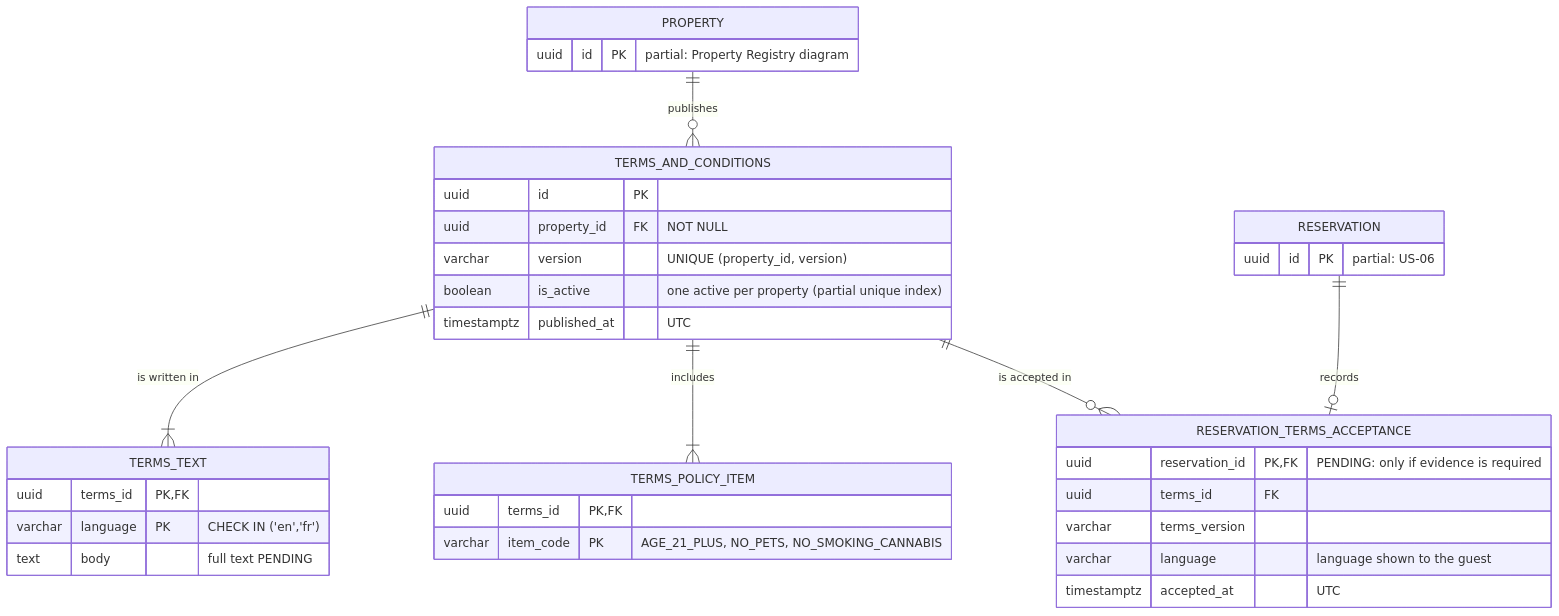
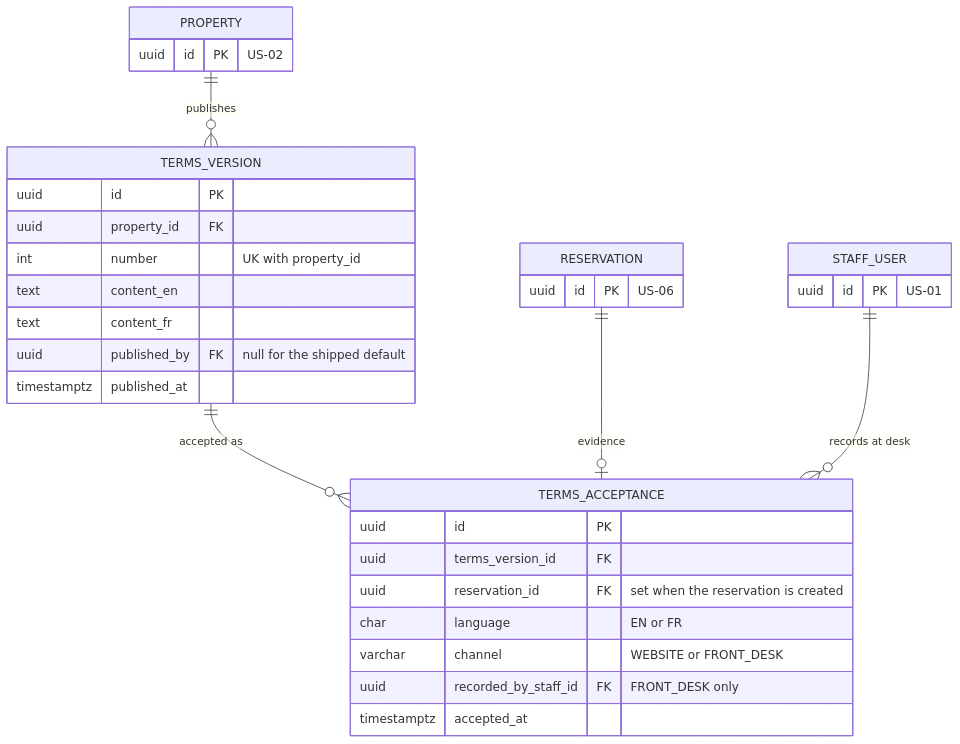
One commit to BraceroInSabot/Motel-Starmie changed the second of 3 diagrams in docs/Initial Requirements/Diagrams/US-05 - Policy Acceptance Before Payment.md. Above: the diagram before and after it, drawn with Mermaid. The commit also changed other lines of this file and 51 other files, not shown here.

````diff
--- a/docs/Initial Requirements/Diagrams/US-05 - Policy Acceptance Before Payment.md
+++ b/docs/Initial Requirements/Diagrams/US-05 - Policy Acceptance Before Payment.md
@@ -153,38 +138,35 @@
 ```mermaid
 erDiagram
-    PROPERTY ||--o{ TERMS_AND_CONDITIONS : "publishes"
-    TERMS_AND_CONDITIONS ||--|{ TERMS_TEXT : "is written in"
-    TERMS_AND_CONDITIONS ||--|{ TERMS_POLICY_ITEM : "includes"
-    TERMS_AND_CONDITIONS ||--o{ RESERVATION_TERMS_ACCEPTANCE : "is accepted in"
-    RESERVATION ||--o| RESERVATION_TERMS_ACCEPTANCE : "records"
+    PROPERTY ||--o{ TERMS_VERSION : "publishes"
+    TERMS_VERSION ||--o{ TERMS_ACCEPTANCE : "accepted as"
+    RESERVATION ||--o| TERMS_ACCEPTANCE : "evidence"
+    STAFF_USER ||--o{ TERMS_ACCEPTANCE : "records at desk"
 
-    PROPERTY {
-        uuid id PK "partial: Property Registry diagram"
+    TERMS_VERSION {
+        uuid id PK
+        uuid property_id FK
+        int number "UK with property_id"
+        text content_en
+        text content_fr
+        uuid published_by FK "null for the shipped default"
+        timestamptz published_at
     }
-    TERMS_AND_CONDITIONS {
+    TERMS_ACCEPTANCE {
         uuid id PK
-        uuid property_id FK "NOT NULL"
-        varchar version "UNIQUE (property_id, version)"
-        boolean is_active "one active per property (partial unique index)"
-        timestamptz published_at "UTC"
-    }
-    TERMS_TEXT {
-        uuid terms_id PK, FK
-        varchar language PK "CHECK IN ('en','fr')"
-        text body "full text PENDING"
-    }
-    TERMS_POLICY_ITEM {
-        uuid terms_id PK, FK
-        varchar item_code PK "AGE_21_PLUS, NO_PETS, NO_SMOKING_CANNABIS"
+        uuid terms_version_id FK
+        uuid reservation_id FK "set when the reservation is created"
+        char language "EN or FR"
+        varchar channel "WEBSITE or FRONT_DESK"
+        uuid recorded_by_staff_id FK "FRONT_DESK only"
+        timestamptz accepted_at
     }
     RESERVATION {
-        uuid id PK "partial: US-06"
+        uuid id PK "US-06"
     }
-    RESERVATION_TERMS_ACCEPTANCE {
-        uuid reservation_id PK, FK "PENDING: only if evidence is required"
-        uuid terms_id FK
-        varchar terms_version
-        varchar language "language shown to the guest"
-        timestamptz accepted_at "UTC"
+    STAFF_USER {
+        uuid id PK "US-01"
+    }
+    PROPERTY {
+        uuid id PK "US-02"
     }
 ```
````
